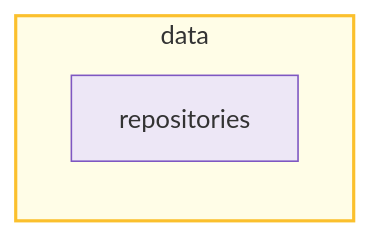
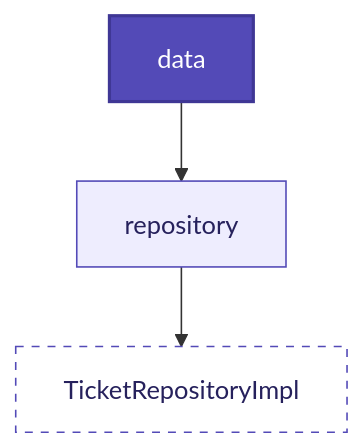
One commit to ManuelPavonBuendia/AppEntradas changed the seventh of 9 diagrams in README.md. Above: the diagram before and after it, drawn with Mermaid. The commit also changed other lines of this file, not shown here.

````diff
--- a/README.md
+++ b/README.md
@@ -92,10 +210,11 @@
 ```mermaid
-graph TB
-    subgraph data [data]
-        direction TB
-        repositories_data[repositories]
-    end
+graph TD
+    pres[data]:::layerStyle
+    
+    pres --> repository[repository]
+    repository --> ticket[TicketRepositoryImpl]:::folderStyle
 
-    style data fill:#fffde7,stroke:#fbc02d,stroke-width:2px
-    style repositories_data fill:#ede7f6,stroke:#7e57c2
+    classDef layerStyle fill:#534AB7,color:#fff,stroke:#3F3795,stroke-width:2px
+    classDef folderStyle fill:white,color:#26215C,stroke:#534AB7,stroke-dasharray: 5 5
+    classDef default fill:#EEEDFE,color:#26215C,stroke:#534AB7
 ```
````
